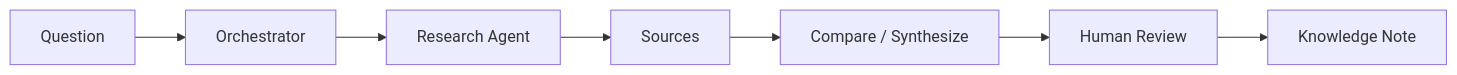
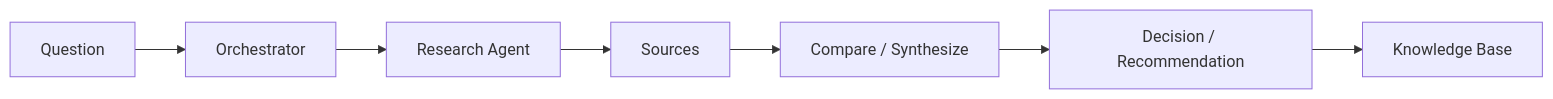
One commit to p0ki/personal-ai-infrastructure changed the first of 3 diagrams in WORKFLOWS.md. Above: the diagram before and after it, drawn with Mermaid. The commit also changed other lines of this file, not shown here.

````diff
--- a/WORKFLOWS.md
+++ b/WORKFLOWS.md
@@ -13,9 +15,9 @@
 ```mermaid
 flowchart LR
     Q[Question] --> O[Orchestrator]
     O --> R[Research Agent]
     R --> S[Sources]
     S --> C[Compare / Synthesize]
-    C --> H[Human Review]
-    H --> K[Knowledge Note]
+    C --> D[Decision / Recommendation]
+    D --> K[Knowledge Base]
 ```
````
